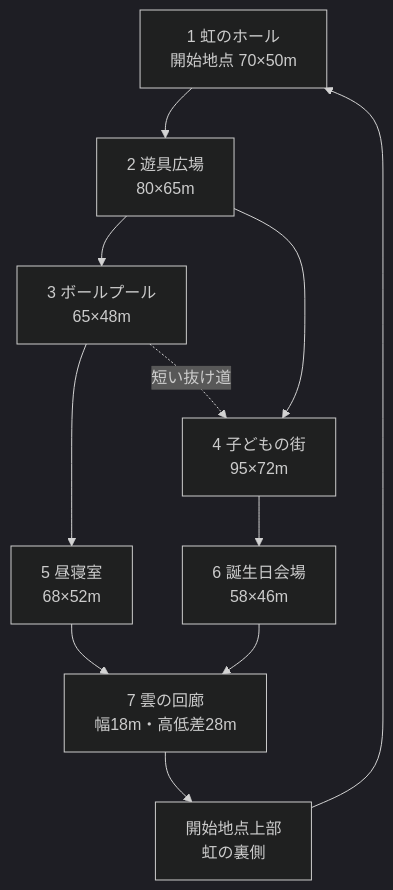
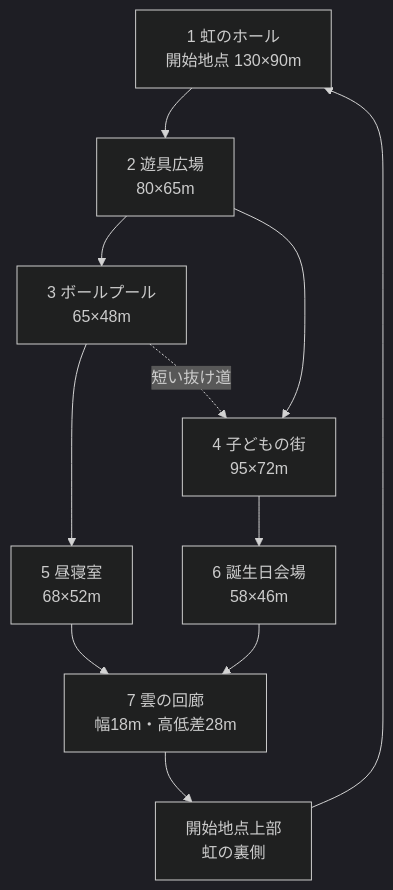
The diagram in PLAYROOM-WORLD-PLAN.md (tytydy-cyber/aeolia-world), drawn with Mermaid (dark theme) before and after one commit. The commit also changed other lines of this file and 6 other files, not shown here.

````diff
--- a/PLAYROOM-WORLD-PLAN.md
+++ b/PLAYROOM-WORLD-PLAN.md
@@ -13,22 +35,22 @@
 ```mermaid
 flowchart TB
-    A[1 虹のホール<br>開始地点 70×50m]
+    A[1 虹のホール<br>開始地点 130×90m]
     B[2 遊具広場<br>80×65m]
     C[3 ボールプール<br>65×48m]
     D[4 子どもの街<br>95×72m]
     E[5 昼寝室<br>68×52m]
     F[6 誕生日会場<br>58×46m]
     G[7 雲の回廊<br>幅18m・高低差28m]
     H[開始地点上部<br>虹の裏側]
 
     A --> B
     B --> C
     B --> D
     C --> E
     D --> F
     E --> G
     F --> G
     G --> H
     H --> A
     C -. 短い抜け道 .-> D
 ```
````
